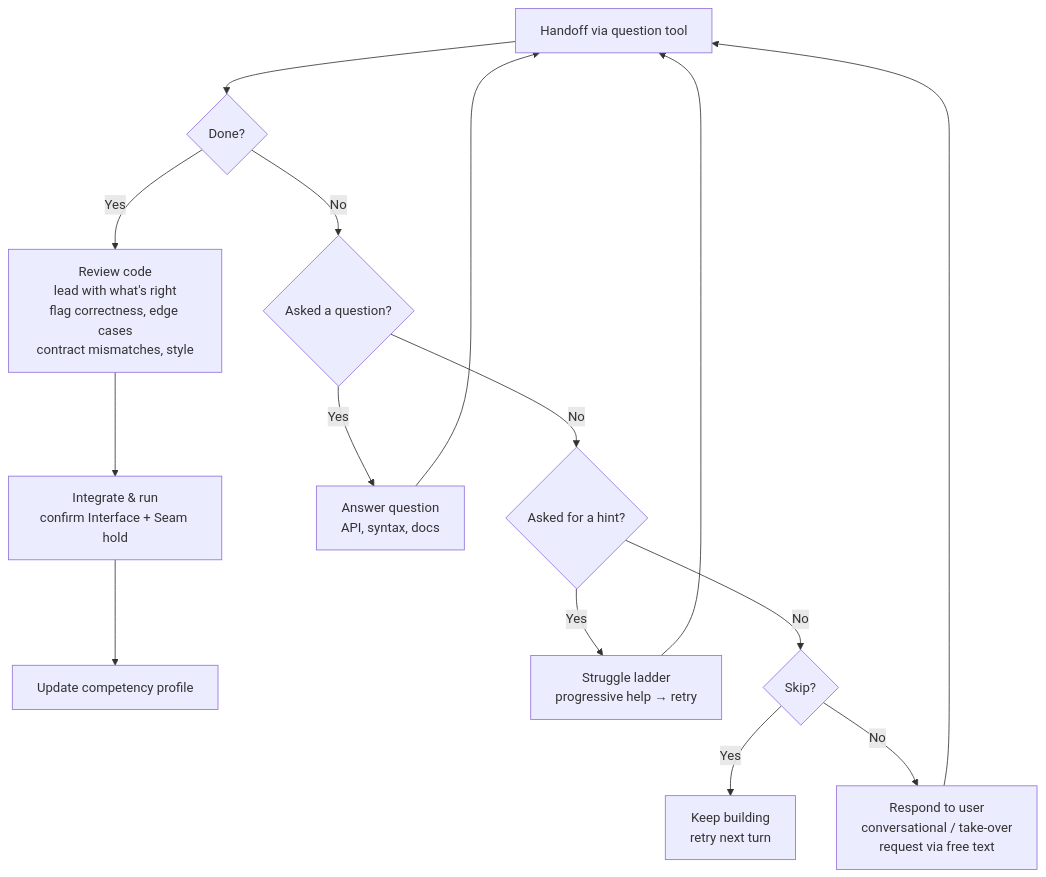
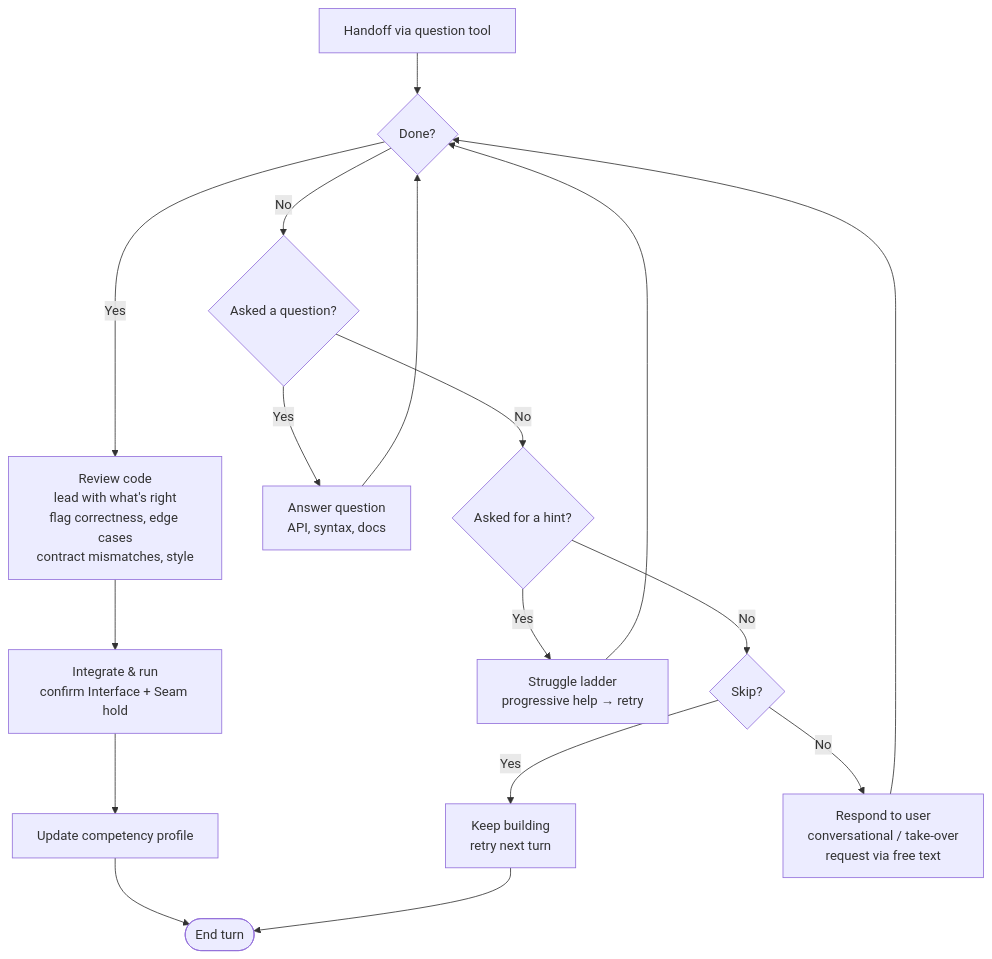
One commit to MegaByteMark/skills-to-pay-the-ai-bills changed the fourth of 5 diagrams in skills/vibe-code-antidote/SKILL.md. Above: the diagram before and after it, drawn with Mermaid. The commit also changed other lines of this file and 2 other files, not shown here.

First line of the commit message:
fix: harden vibe-code-antidote diagrams, log schema, and escalation counters

````diff
--- a/skills/vibe-code-antidote/SKILL.md
+++ b/skills/vibe-code-antidote/SKILL.md
@@ -98,17 +103,19 @@
 ```mermaid
 flowchart TD
     HO[Handoff via question tool] --> DONE{Done?}
     DONE -->|Yes| REVIEW[Review code<br>lead with what's right<br>flag correctness, edge cases<br>contract mismatches, style]
     REVIEW --> INTEGRATE[Integrate & run<br>confirm Interface + Seam hold]
     INTEGRATE --> PROFILE[Update competency profile]
+    PROFILE --> END([End turn])
     DONE -->|No| QUESTION{Asked a question?}
     QUESTION -->|Yes| ANSWER[Answer question<br>API, syntax, docs]
-    ANSWER --> HO
+    ANSWER --> DONE
     QUESTION -->|No| HINT{Asked for a hint?}
     HINT -->|Yes| LADDER[Struggle ladder<br>progressive help → retry]
-    LADDER --> HO
+    LADDER --> DONE
     HINT -->|No| SKIP{Skip?}
     SKIP -->|Yes| KEEP[Keep building<br>retry next turn]
     SKIP -->|No| FREETEXT[Respond to user<br>conversational / take-over<br>request via free text]
-    FREETEXT --> HO
+    FREETEXT --> DONE
+    KEEP --> END
 ```
````
